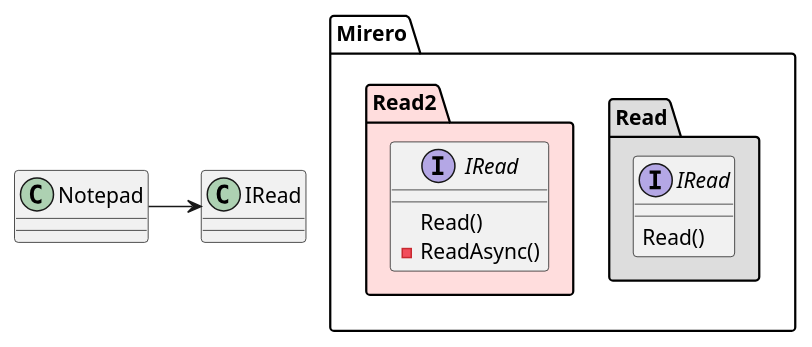
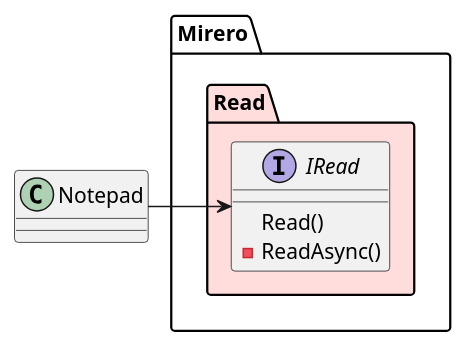
The sixth of 7 diagrams in 2019년 4월/1조/심승용/IRead와IReadAsync.md (embedded3144/NewAdaptiveCodeBook), drawn with PlantUML before and after one commit. The commit also changed other lines of this file, not shown here.

```diff
--- a/2019년 4월/1조/심승용/IRead와IReadAsync.md
+++ b/2019년 4월/1조/심승용/IRead와IReadAsync.md
@@ -116,19 +116,13 @@
 ~~~plantuml
 @startuml
 class Notepad
-package "Mirero.Read" #DDDDDD {
+package "Mirero.Read" #FFDDDD {
 interface IRead
-{
-    Read()
-}
-}
-package "Mirero.Read2" #FFDDDD {
-interface Mirero.Read2.IRead
 {
     Read()
     -ReadAsync()
 }
 }
 Notepad -right-> IRead
 @enduml
 ~~~
```
